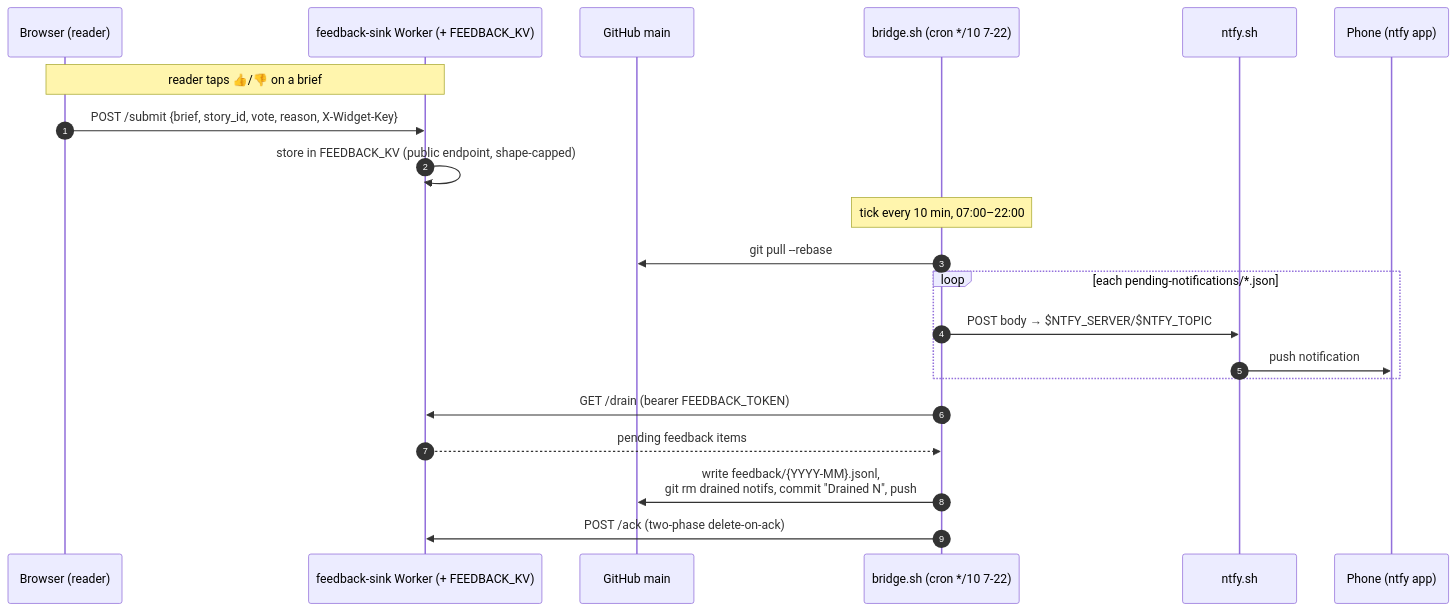
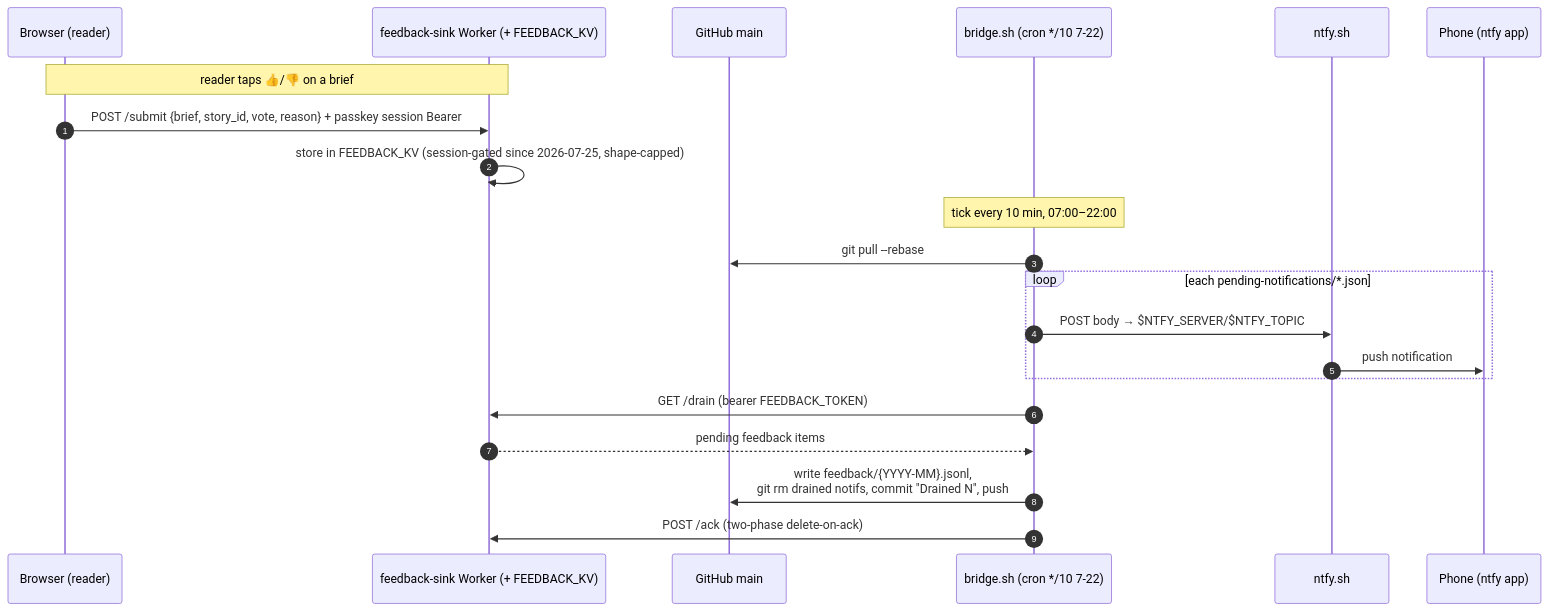
The diagram in diagrams/04-bridge-delivery-and-feedback.md (khalic-lab/claude-routines), drawn with Mermaid before and after one commit. The commit also changed 10 other files, not shown here.

````diff
--- a/diagrams/04-bridge-delivery-and-feedback.md
+++ b/diagrams/04-bridge-delivery-and-feedback.md
@@ -8,25 +8,25 @@
 ```mermaid
 sequenceDiagram
     autonumber
     participant U as Browser (reader)
     participant FS as feedback-sink Worker (+ FEEDBACK_KV)
     participant GH as GitHub main
     participant BR as bridge.sh (cron */10 7-22)
     participant NT as ntfy.sh
     participant PH as Phone (ntfy app)
 
     Note over U,FS: reader taps 👍/👎 on a brief
-    U->>FS: POST /submit {brief, story_id, vote, reason, X-Widget-Key}
-    FS->>FS: store in FEEDBACK_KV (public endpoint, shape-capped)
+    U->>FS: POST /submit {brief, story_id, vote, reason} + passkey session Bearer
+    FS->>FS: store in FEEDBACK_KV (session-gated since 2026-07-25, shape-capped)
 
     Note over BR: tick every 10 min, 07:00–22:00
     BR->>GH: git pull --rebase
     loop each pending-notifications/*.json
         BR->>NT: POST body → $NTFY_SERVER/$NTFY_TOPIC
         NT->>PH: push notification
     end
     BR->>FS: GET /drain (bearer FEEDBACK_TOKEN)
     FS-->>BR: pending feedback items
     BR->>GH: write feedback/{YYYY-MM}.jsonl,<br/>git rm drained notifs, commit "Drained N", push
     BR->>FS: POST /ack (two-phase delete-on-ack)
 ```
````
